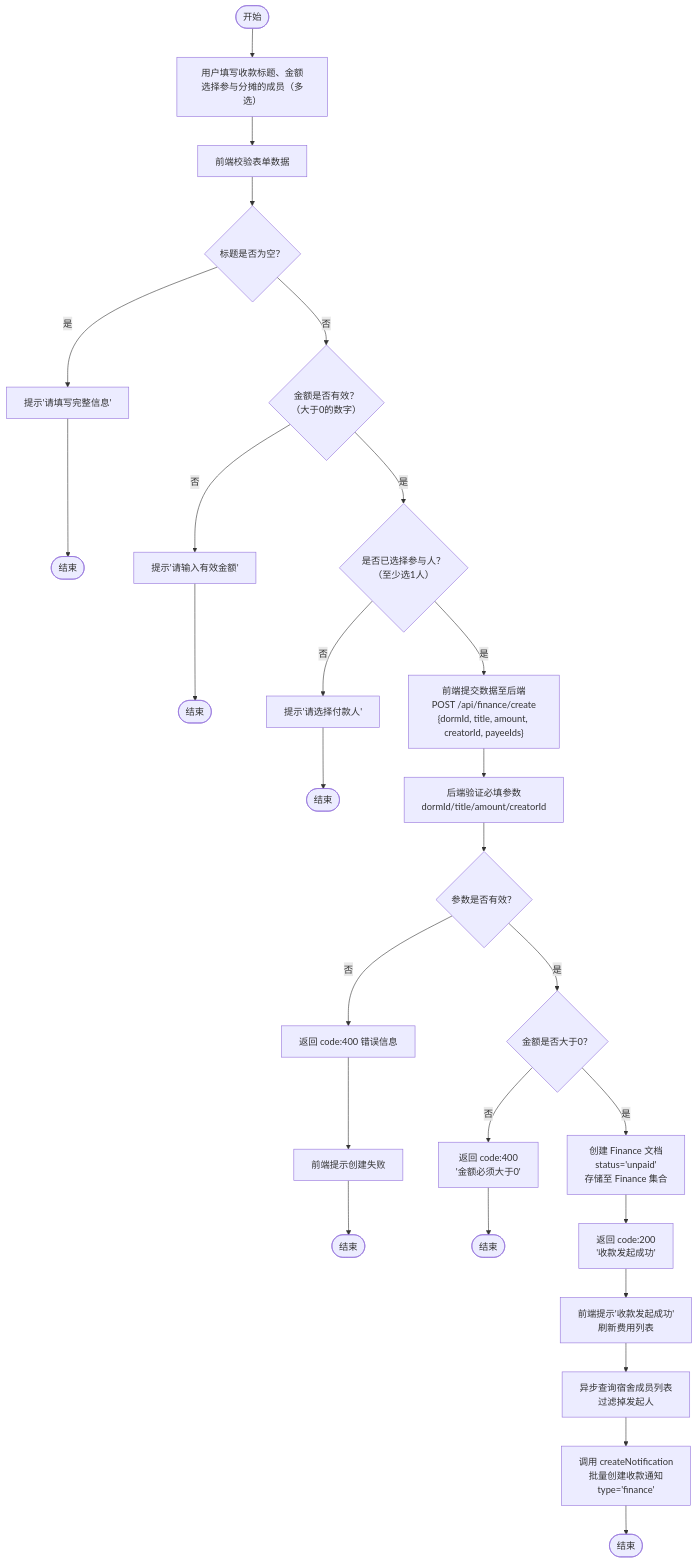
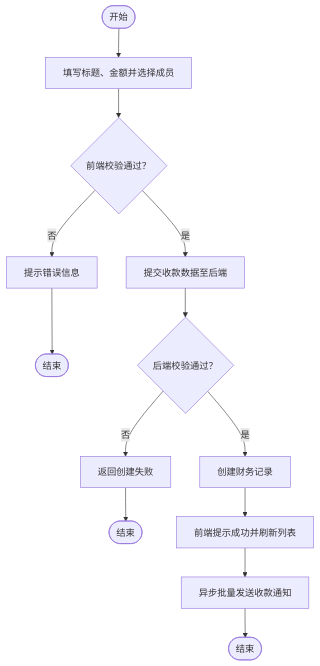
The diagram in mermaid/费用管理流程图.md (abcdaa12/test), drawn with Mermaid before and after one commit. The commit also changed 17 other files, not shown here.

````diff
--- a/mermaid/费用管理流程图.md
+++ b/mermaid/费用管理流程图.md
@@ -1,29 +1,15 @@
 ```mermaid
 flowchart TD
-    A([开始]) --> B["用户填写收款标题、金额\n选择参与分摊的成员（多选）"]
-    B --> C["前端校验表单数据"]
-    C --> D{"标题是否为空？"}
-    D -- 是 --> D1["提示'请填写完整信息'"]
-    D1 --> Z1([结束])
-    D -- 否 --> E{"金额是否有效？\n（大于0的数字）"}
-    E -- 否 --> E1["提示'请输入有效金额'"]
+    A([开始]) --> B["填写标题、金额并选择成员"]
+    B --> C{"前端校验通过？"}
+    C -- 否 --> C1["提示错误信息"]
+    C1 --> Z1([结束])
+    C -- 是 --> D["提交收款数据至后端"]
+    D --> E{"后端校验通过？"}
+    E -- 否 --> E1["返回创建失败"]
     E1 --> Z2([结束])
-    E -- 是 --> F{"是否已选择参与人？\n（至少选1人）"}
-    F -- 否 --> F1["提示'请选择付款人'"]
-    F1 --> Z3([结束])
-    F -- 是 --> G["前端提交数据至后端\nPOST /api/finance/create\n{dormId, title, amount, creatorId, payeeIds}"]
-    G --> H["后端验证必填参数\ndormId/title/amount/creatorId"]
-    H --> I{"参数是否有效？"}
-    I -- 否 --> I1["返回 code:400 错误信息"]
-    I1 --> I2["前端提示创建失败"]
-    I2 --> Z4([结束])
-    I -- 是 --> J{"金额是否大于0？"}
-    J -- 否 --> J1["返回 code:400\n'金额必须大于0'"]
-    J1 --> Z5([结束])
-    J -- 是 --> K["创建 Finance 文档\nstatus='unpaid'\n存储至 Finance 集合"]
-    K --> L["返回 code:200\n'收款发起成功'"]
-    L --> M["前端提示'收款发起成功'\n刷新费用列表"]
-    M --> N["异步查询宿舍成员列表\n过滤掉发起人"]
-    N --> O["调用 createNotification\n批量创建收款通知\ntype='finance'"]
-    O --> Z6([结束])
+    E -- 是 --> F["创建财务记录"]
+    F --> G["前端提示成功并刷新列表"]
+    G --> H["异步批量发送收款通知"]
+    H --> Z3([结束])
 ```
````
